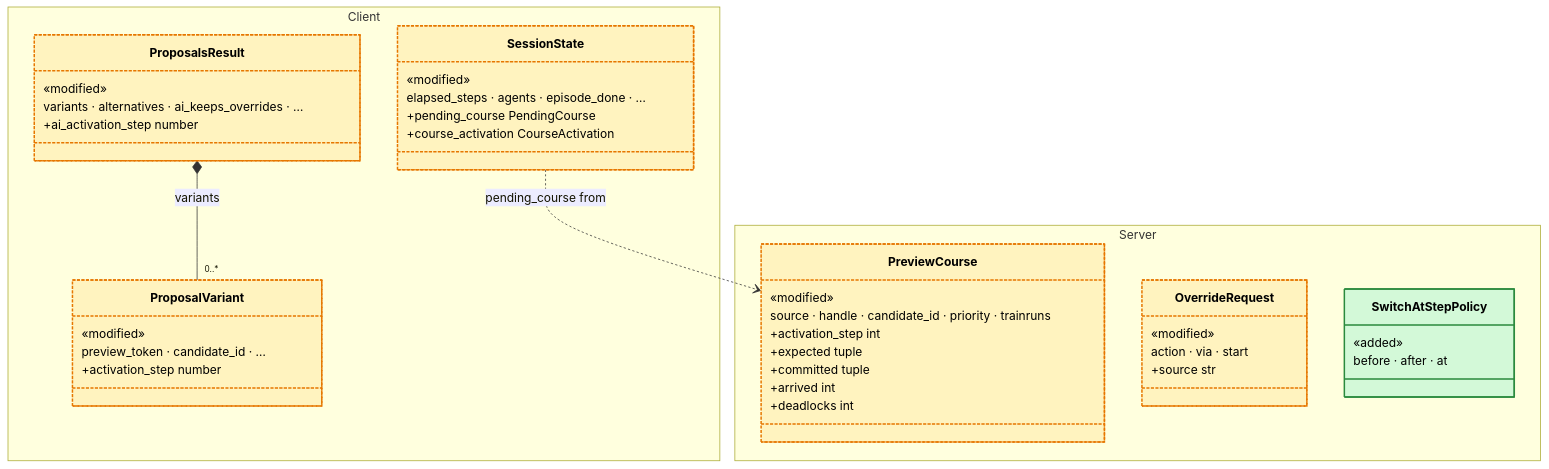
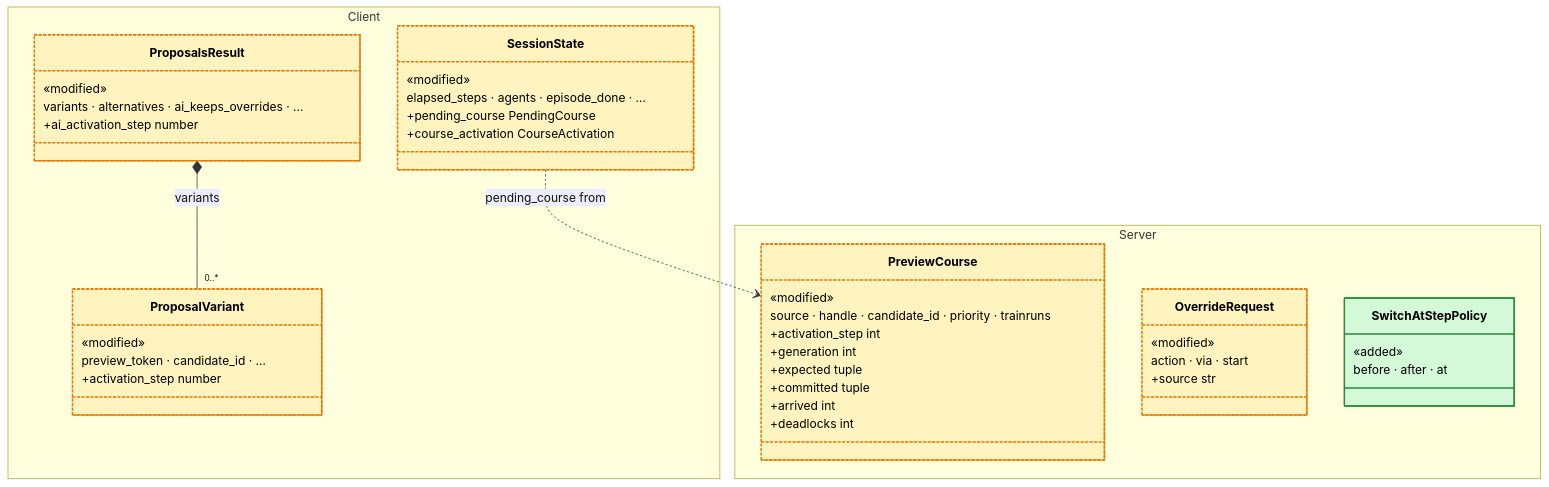
The second of 4 diagrams in docs/plans/plan-b-log-findings.md (flatland-association/flatland-ui-hub), drawn with Mermaid before and after one commit. The commit also changed other lines of this file, not shown here.

````diff
--- a/docs/plans/plan-b-log-findings.md
+++ b/docs/plans/plan-b-log-findings.md
@@ -376,49 +414,50 @@
 ```mermaid
 classDiagram
     namespace Client {
         class SessionState {
             «modified»
             elapsed_steps · agents · episode_done · …
             +pending_course PendingCourse
             +course_activation CourseActivation
         }
         class ProposalsResult {
             «modified»
             variants · alternatives · ai_keeps_overrides · …
             +ai_activation_step number
         }
         class ProposalVariant {
             «modified»
             preview_token · candidate_id · …
             +activation_step number
         }
     }
     namespace Server {
         class PreviewCourse {
             «modified»
             source · handle · candidate_id · priority · trainruns
             +activation_step int
+            +generation int
             +expected tuple
             +committed tuple
             +arrived int
             +deadlocks int
         }
         class OverrideRequest {
             «modified»
             action · via · start
             +source str
         }
         class SwitchAtStepPolicy {
             «added»
             before · after · at
         }
     }
     ProposalsResult *-- "0..*" ProposalVariant : variants
     SessionState ..> PreviewCourse : pending_course from
     style SessionState fill:#fff3bf,stroke:#e67700,stroke-width:2px,stroke-dasharray:4 2,color:#000
     style ProposalsResult fill:#fff3bf,stroke:#e67700,stroke-width:2px,stroke-dasharray:4 2,color:#000
     style ProposalVariant fill:#fff3bf,stroke:#e67700,stroke-width:2px,stroke-dasharray:4 2,color:#000
     style PreviewCourse fill:#fff3bf,stroke:#e67700,stroke-width:2px,stroke-dasharray:4 2,color:#000
     style OverrideRequest fill:#fff3bf,stroke:#e67700,stroke-width:2px,stroke-dasharray:4 2,color:#000
     style SwitchAtStepPolicy fill:#d3f9d8,stroke:#2b8a3e,stroke-width:2px,color:#000
 ```
````
